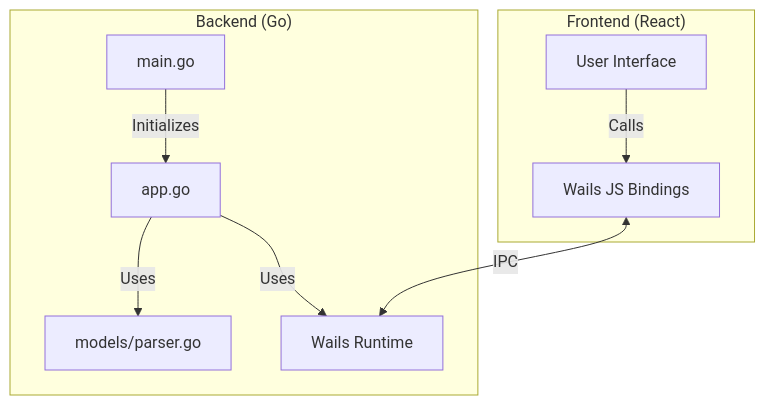
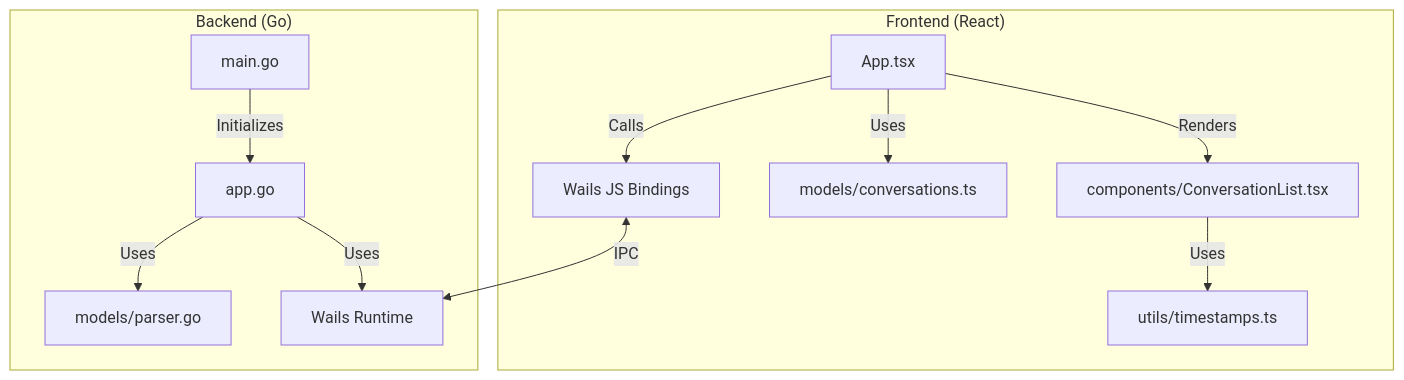
The first of 2 diagrams in docs/architecture.md (johnpfeiffer/chat-explorer), drawn with Mermaid before and after one commit. The commit also changed other lines of this file and 11 other files, not shown here.

Commit message:
improvements on the message details: removed ai mistaken defensive fields - instead now anchored on a real sample, refactored UI to have Conversations not just munged into App, ensuring showing the user the message timestamp (local timezone)

````diff
--- a/docs/architecture.md
+++ b/docs/architecture.md
@@ -8,20 +30,26 @@
 ```mermaid
 graph TD
     subgraph "Frontend (React)"
-        UI[User Interface]
+        AppC[App.tsx]
         Bindings[Wails JS Bindings]
+        Logic[models/conversations.ts]
+        CompList[components/ConversationList.tsx]
+        Utils[utils/timestamps.ts]
     end
 
     subgraph "Backend (Go)"
         Main[main.go]
-        App[app.go]
+        AppGo[app.go]
         Parser[models/parser.go]
         Runtime[Wails Runtime]
     end
 
-    UI -->|Calls| Bindings
+    AppC -->|Calls| Bindings
+    AppC -->|Uses| Logic
+    AppC -->|Renders| CompList
+    CompList -->|Uses| Utils
     Bindings <-->|IPC| Runtime
-    Main -->|Initializes| App
-    App -->|Uses| Runtime
-    App -->|Uses| Parser
+    Main -->|Initializes| AppGo
+    AppGo -->|Uses| Runtime
+    AppGo -->|Uses| Parser
 ```
````
